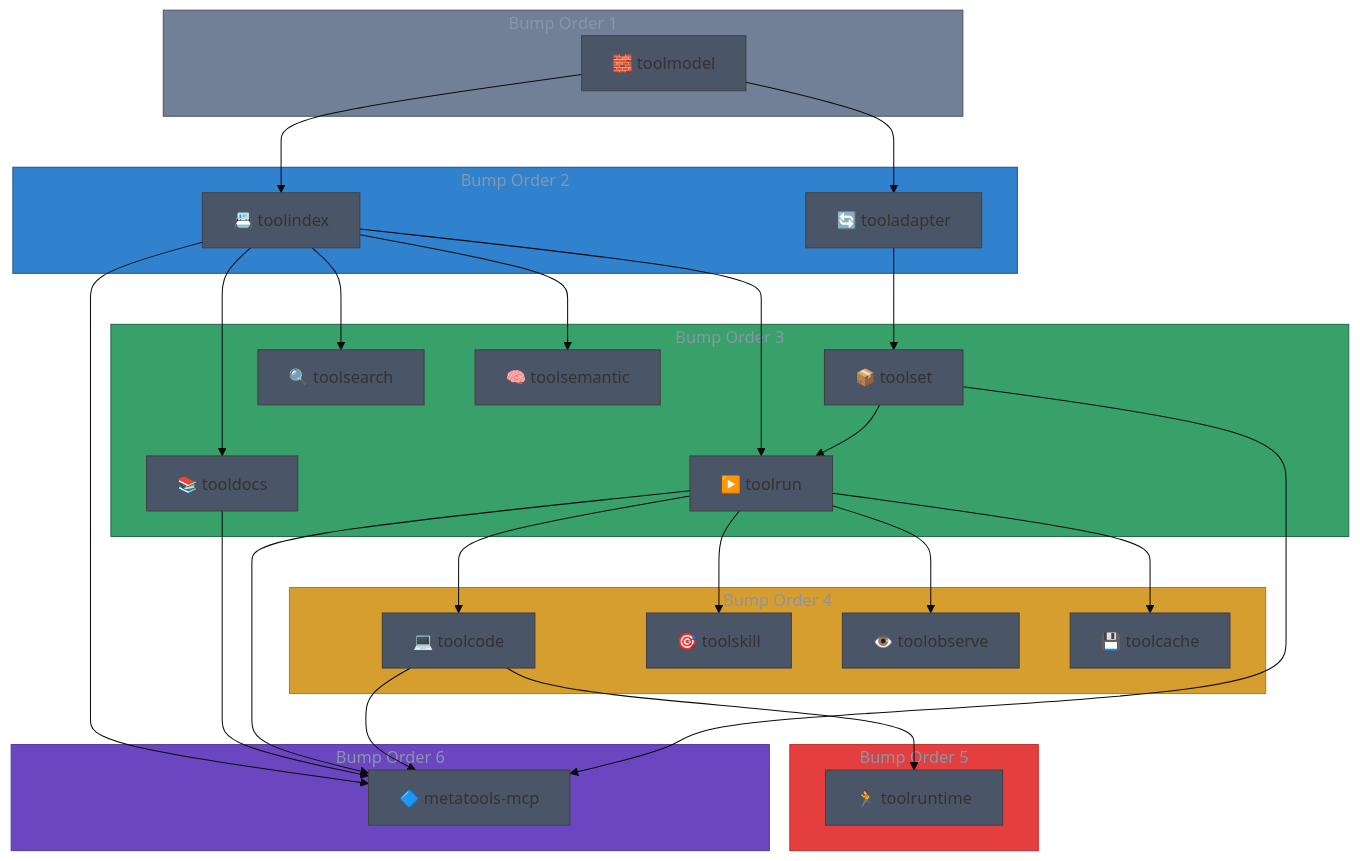
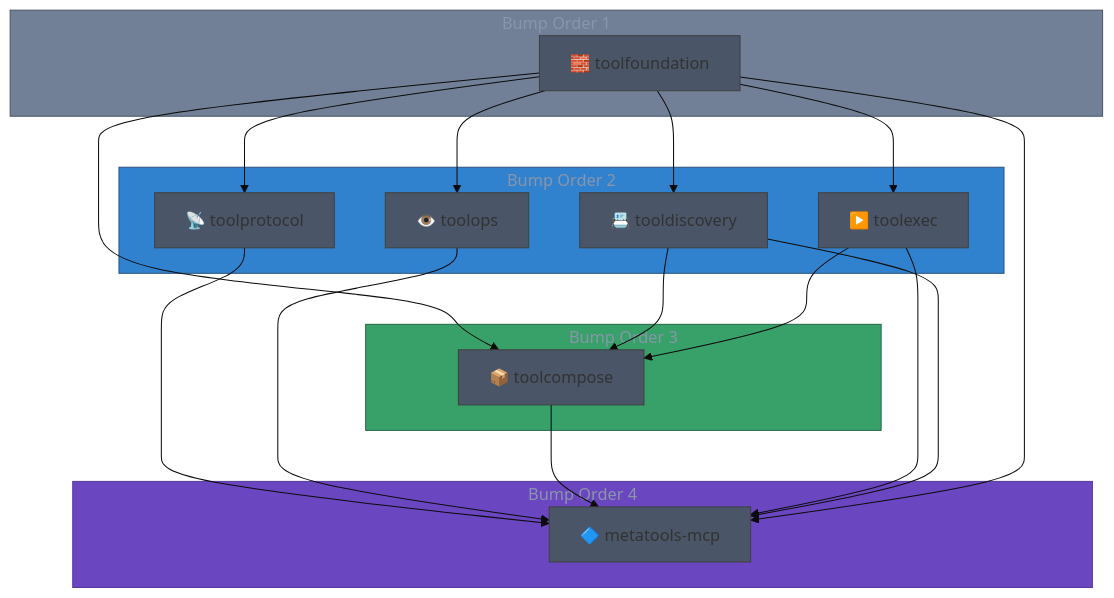
Before and after one commit to jonwraymond/ai-tools-stack: the sixth of 7 diagrams in docs/architecture/overview.md, drawn with Mermaid. The commit also changed other lines of this file and 30 other files, not shown here.

````diff
--- a/docs/architecture/overview.md
+++ b/docs/architecture/overview.md
@@ -318,62 +299,43 @@
 ```mermaid
 %%{init: {'theme': 'base', 'themeVariables': {'primaryColor': '#4a5568'}}}%%
 flowchart TD
     subgraph order1["Bump Order 1"]
-        toolmodel["🧱 toolmodel"]
+        toolfoundation["🧱 toolfoundation"]
     end
 
     subgraph order2["Bump Order 2"]
-        toolindex["📇 toolindex"]
-        tooladapter["🔄 tooladapter"]
+        tooldiscovery["📇 tooldiscovery"]
+        toolexec["▶️ toolexec"]
+        toolprotocol["📡 toolprotocol"]
+        toolops["👁️ toolops"]
     end
 
     subgraph order3["Bump Order 3"]
-        tooldocs["📚 tooldocs"]
-        toolrun["▶️ toolrun"]
-        toolset["📦 toolset"]
-        toolsearch["🔍 toolsearch"]
-        toolsemantic["🧠 toolsemantic"]
+        toolcompose["📦 toolcompose"]
     end
 
     subgraph order4["Bump Order 4"]
-        toolcode["💻 toolcode"]
-        toolskill["🎯 toolskill"]
-        toolobserve["👁️ toolobserve"]
-        toolcache["💾 toolcache"]
-    end
-
-    subgraph order5["Bump Order 5"]
-        toolruntime["🏃 toolruntime"]
-    end
-
-    subgraph order6["Bump Order 6"]
         metatools["🔷 metatools-mcp"]
     end
 
-    toolmodel --> toolindex
-    toolmodel --> tooladapter
-    toolindex --> tooldocs
-    toolindex --> toolrun
-    toolindex --> toolsearch
-    toolindex --> toolsemantic
-    tooladapter --> toolset
-    toolset --> toolrun
-    toolrun --> toolcode
-    toolrun --> toolskill
-    toolrun --> toolobserve
-    toolrun --> toolcache
-    toolcode --> toolruntime
+    toolfoundation --> tooldiscovery
+    toolfoundation --> toolexec
+    toolfoundation --> toolprotocol
+    toolfoundation --> toolops
+    toolfoundation --> toolcompose
 
-    toolindex --> metatools
-    tooldocs --> metatools
-    toolrun --> metatools
-    toolcode --> metatools
-    toolset --> metatools
+    tooldiscovery --> toolcompose
+    toolexec --> toolcompose
+
+    toolprotocol --> metatools
+    toolops --> metatools
+    toolcompose --> metatools
+    toolexec --> metatools
+    tooldiscovery --> metatools
+    toolfoundation --> metatools
 
     style order1 fill:#718096,stroke:#4a5568
     style order2 fill:#3182ce,stroke:#2c5282
     style order3 fill:#38a169,stroke:#276749
-    style order4 fill:#d69e2e,stroke:#b7791f
-    style order5 fill:#e53e3e,stroke:#c53030
-    style order6 fill:#6b46c1,stroke:#553c9a
+    style order4 fill:#6b46c1,stroke:#553c9a
 ```
````
